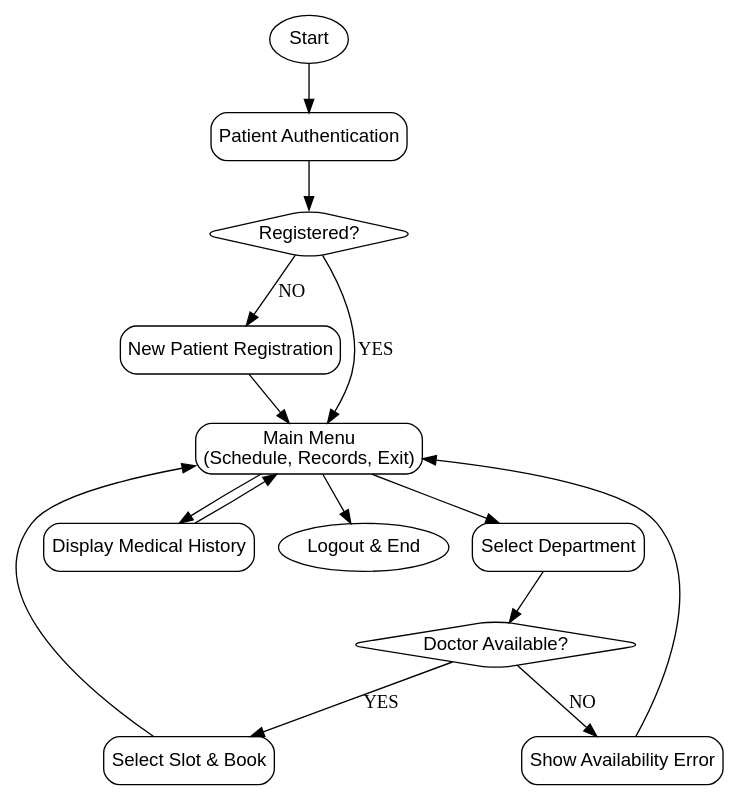
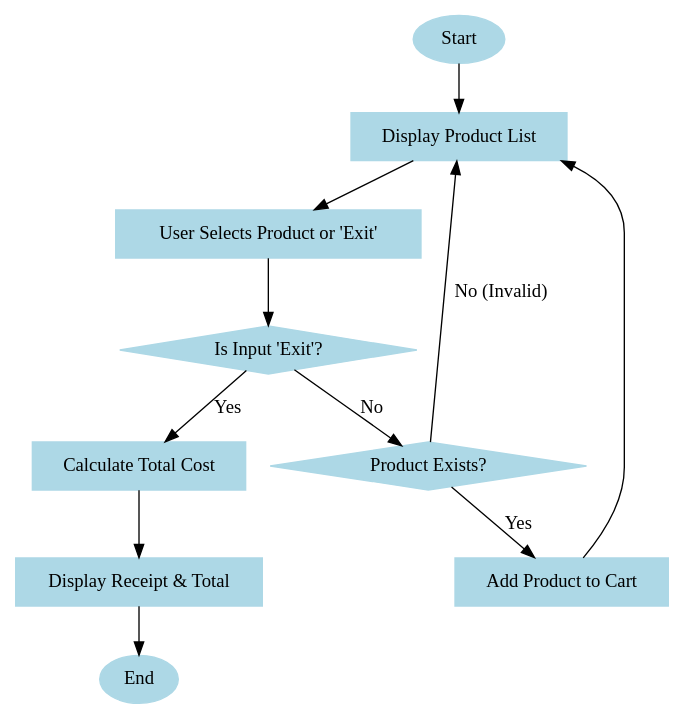
The diagram in task2-shopping-system/flowchart.dot (zeynepkucuk23/LAB-HOMEWORK), drawn with Graphviz before and after one commit.

Commit message:
flowchart.dot

```diff
--- a/task2-shopping-system/flowchart.dot
+++ b/task2-shopping-system/flowchart.dot
@@ -1,38 +1,27 @@
-digraph HospitalSystem {
-    rankdir=TB;
-    node [shape=rectangle, fontname="Arial", style=rounded];
+digraph ShoppingSystem {
+    node [shape=rectangle, style=filled, color=lightblue];
+    
+    Start [shape=oval, label="Start"];
+    ShowProducts [label="Display Product List"];
+    InputProduct [label="User Selects Product or 'Exit'"];
+    CheckExit [shape=diamond, label="Is Input 'Exit'?"];
+    CheckExists [shape=diamond, label="Product Exists?"];
+    AddToCart [label="Add Product to Cart"];
+    CalculateTotal [label="Calculate Total Cost"];
+    ShowReceipt [label="Display Receipt & Total"];
+    End [shape=oval, label="End"];
 
-    Start [shape=oval, label="Start"];
-    Auth [label="Patient Authentication"];
-    IsRegistered [shape=diamond, label="Registered?"];
-    Register [label="New Patient Registration"];
+    Start -> ShowProducts;
+    ShowProducts -> InputProduct;
+    InputProduct -> CheckExit;
     
-    Menu [label="Main Menu\n(Schedule, Records, Exit)"];
+    CheckExit -> CheckExists [label="No"];
+    CheckExit -> CalculateTotal [label="Yes"];
     
-    Schedule [label="Select Department"];
-    DocCheck [shape=diamond, label="Doctor Available?"];
-    Book [label="Select Slot & Book"];
-    NoDoc [label="Show Availability Error"];
+    CheckExists -> AddToCart [label="Yes"];
+    CheckExists -> ShowProducts [label="No (Invalid)"];
     
-    Records [label="Display Medical History"];
-    Exit [shape=oval, label="Logout & End"];
-
-    Start -> Auth;
-    Auth -> IsRegistered;
-    IsRegistered -> Menu [label="YES"];
-    IsRegistered -> Register [label="NO"];
-    Register -> Menu;
-    
-    Menu -> Schedule;
-    Schedule -> DocCheck;
-    DocCheck -> Book [label="YES"];
-    DocCheck -> NoDoc [label="NO"];
-    
-    Book -> Menu;
-    NoDoc -> Menu;
-    
-    Menu -> Records;
-    Records -> Menu;
-    
-    Menu -> Exit;
+    AddToCart -> ShowProducts;
+    CalculateTotal -> ShowReceipt;
+    ShowReceipt -> End;
 }
```
